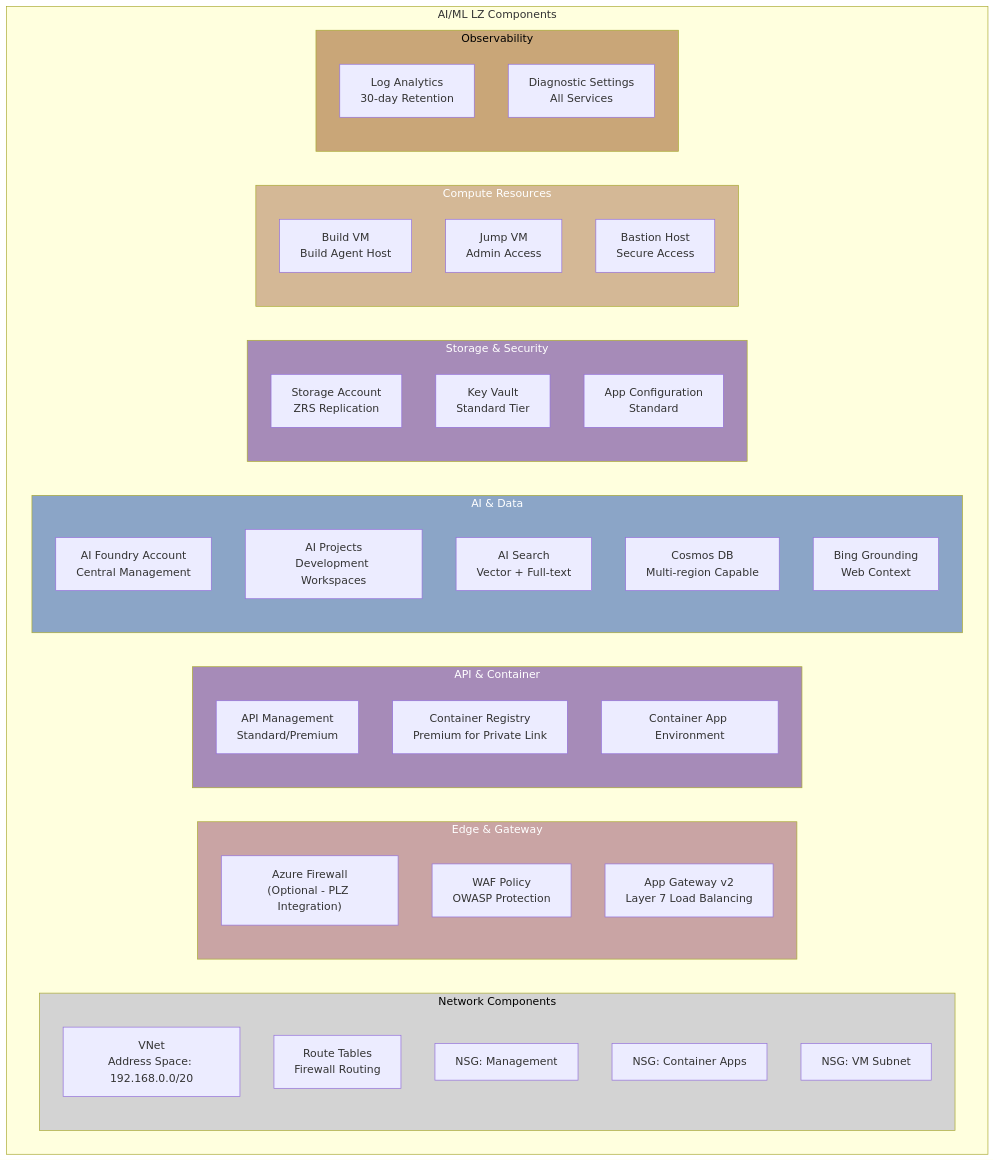
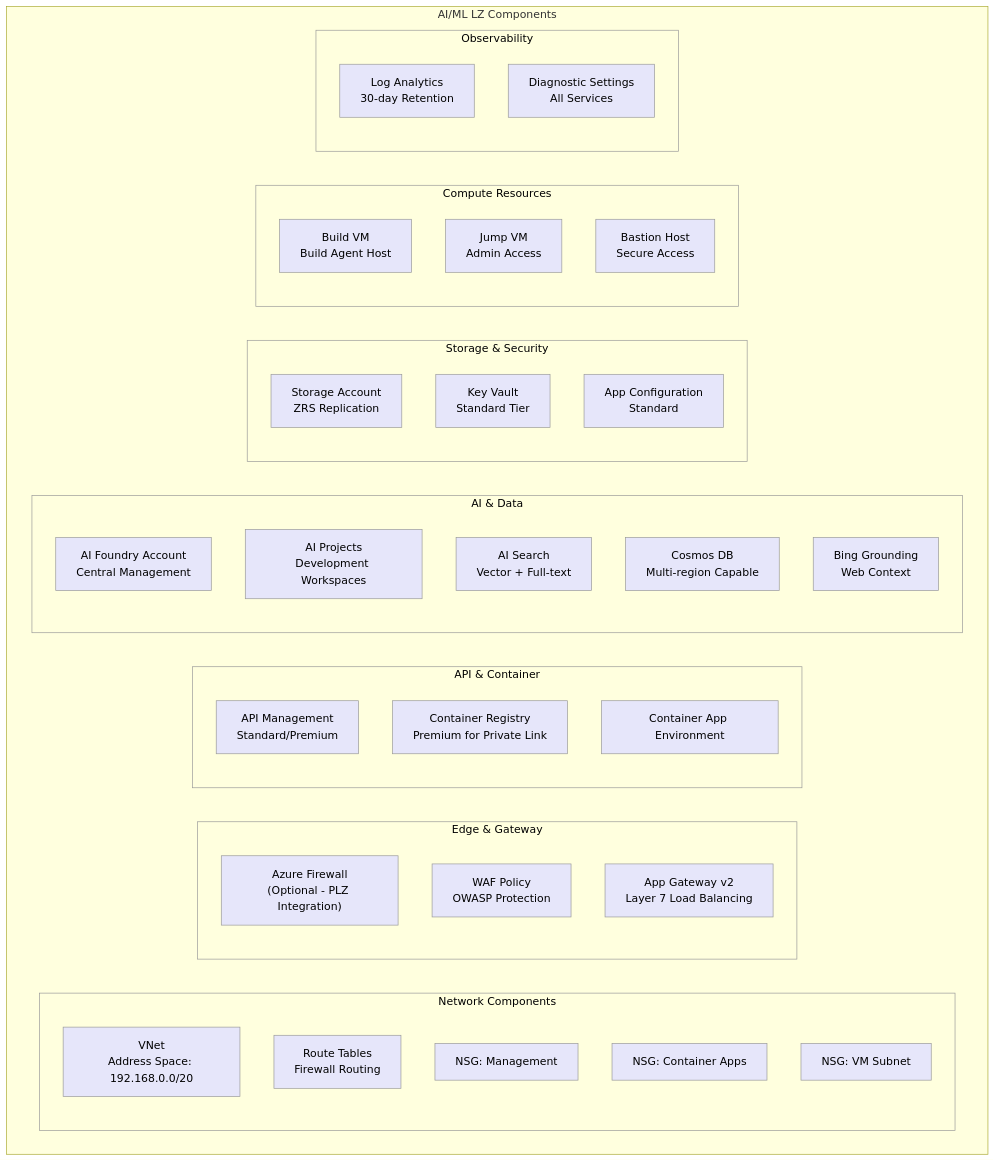
One commit to Azure/terraform-azurerm-avm-ptn-aiml-landing-zone changed the second of 7 diagrams in ARCHITECTURE_DIAGRAM.md. Above: the diagram before and after it, drawn with Mermaid. The commit also changed other lines of this file, not shown here.

````diff
--- a/ARCHITECTURE_DIAGRAM.md
+++ b/ARCHITECTURE_DIAGRAM.md
@@ -195,11 +231,36 @@
         end
     end
 
-    style NetComp fill:#D3D3D3,color:#000
-    style EdgeComp fill:#C9A4A4,color:#fff
-    style APIComp fill:#A68BB8,color:#fff
-    style AIComp fill:#8BA5C7,color:#fff
-    style StorageComp fill:#A68BB8,color:#fff
-    style ComputeComp fill:#D4B896,color:#fff
-    style ObsComp fill:#C9A678,color:#000
+    style NetComp fill:none,stroke:#999,color:#000
+    style EdgeComp fill:none,stroke:#999,color:#000
+    style APIComp fill:none,stroke:#999,color:#000
+    style AIComp fill:none,stroke:#999,color:#000
+    style StorageComp fill:none,stroke:#999,color:#000
+    style ComputeComp fill:none,stroke:#999,color:#000
+    style ObsComp fill:none,stroke:#999,color:#000
+
+    style VN fill:#E6E6FA,stroke:#999,color:#000
+    style RF fill:#E6E6FA,stroke:#999,color:#000
+    style NSG1 fill:#E6E6FA,stroke:#999,color:#000
+    style NSG2 fill:#E6E6FA,stroke:#999,color:#000
+    style NSG3 fill:#E6E6FA,stroke:#999,color:#000
+    style WF fill:#E6E6FA,stroke:#999,color:#000
+    style WAF fill:#E6E6FA,stroke:#999,color:#000
+    style AG fill:#E6E6FA,stroke:#999,color:#000
+    style APIM fill:#E6E6FA,stroke:#999,color:#000
+    style ACR fill:#E6E6FA,stroke:#999,color:#000
+    style CAE fill:#E6E6FA,stroke:#999,color:#000
+    style AIH fill:#E6E6FA,stroke:#999,color:#000
+    style AIP fill:#E6E6FA,stroke:#999,color:#000
+    style AIS fill:#E6E6FA,stroke:#999,color:#000
+    style COSMOSDB fill:#E6E6FA,stroke:#999,color:#000
+    style BING fill:#E6E6FA,stroke:#999,color:#000
+    style ST fill:#E6E6FA,stroke:#999,color:#000
+    style KVT fill:#E6E6FA,stroke:#999,color:#000
+    style CONF fill:#E6E6FA,stroke:#999,color:#000
+    style BVVM fill:#E6E6FA,stroke:#999,color:#000
+    style JVVM fill:#E6E6FA,stroke:#999,color:#000
+    style BASTNHOST fill:#E6E6FA,stroke:#999,color:#000
+    style LAWSP fill:#E6E6FA,stroke:#999,color:#000
+    style DIAGSET fill:#E6E6FA,stroke:#999,color:#000
 ```
````
